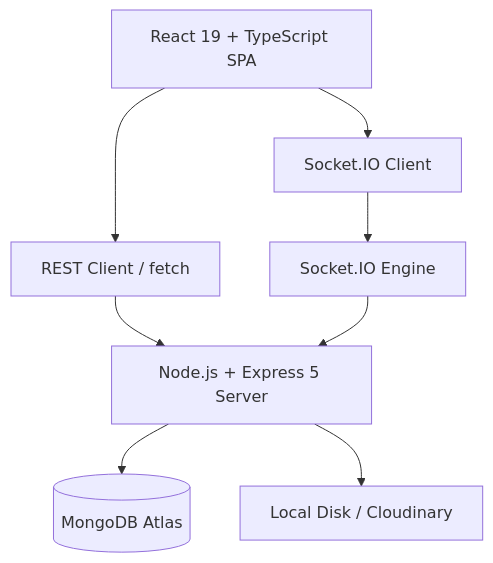
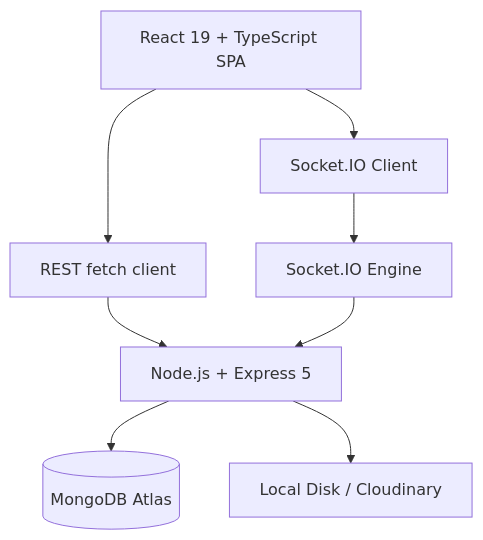
Before and after one commit to Prasad-codes001/CollabSpace: the diagram in README.md, drawn with Mermaid. The commit also changed other lines of this file, not shown here.

````diff
--- a/README.md
+++ b/README.md
@@ -96,19 +136,15 @@
 ```mermaid
 graph TD
-    Client[React 19 + TypeScript SPA]
-    HTTP[REST Client / fetch]
-    SIO_C[Socket.IO Client]
+    Client["React 19 + TypeScript SPA"]
+    HTTP["REST fetch client"]
+    SIO_C["Socket.IO Client"]
+    Server["Node.js + Express 5"]
+    SIO_S["Socket.IO Engine"]
+    DB[("MongoDB Atlas")]
+    FS["Local Disk / Cloudinary"]
 
-    Server[Node.js + Express 5 Server]
-    SIO_S[Socket.IO Engine]
-    DB[(MongoDB Atlas)]
-    FS[Local Disk / Cloudinary]
-
-    Client --> HTTP
-    Client --> SIO_C
-    HTTP --> Server
-    SIO_C --> SIO_S
-    SIO_S --> Server
+    Client --> HTTP --> Server
+    Client --> SIO_C --> SIO_S --> Server
     Server --> DB
     Server --> FS
 ```
````
